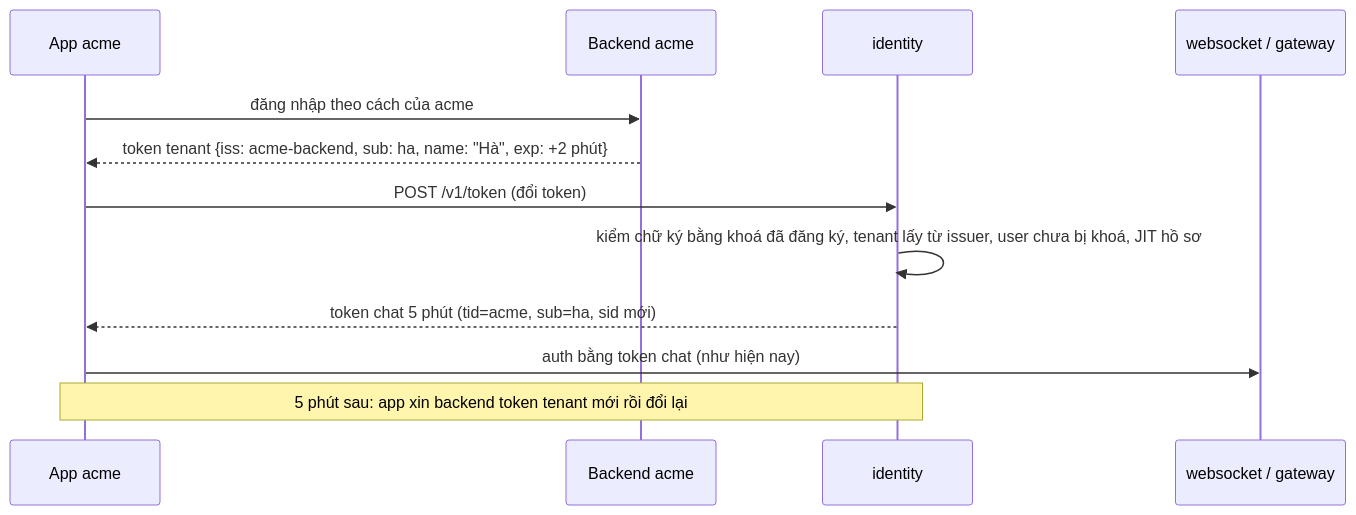
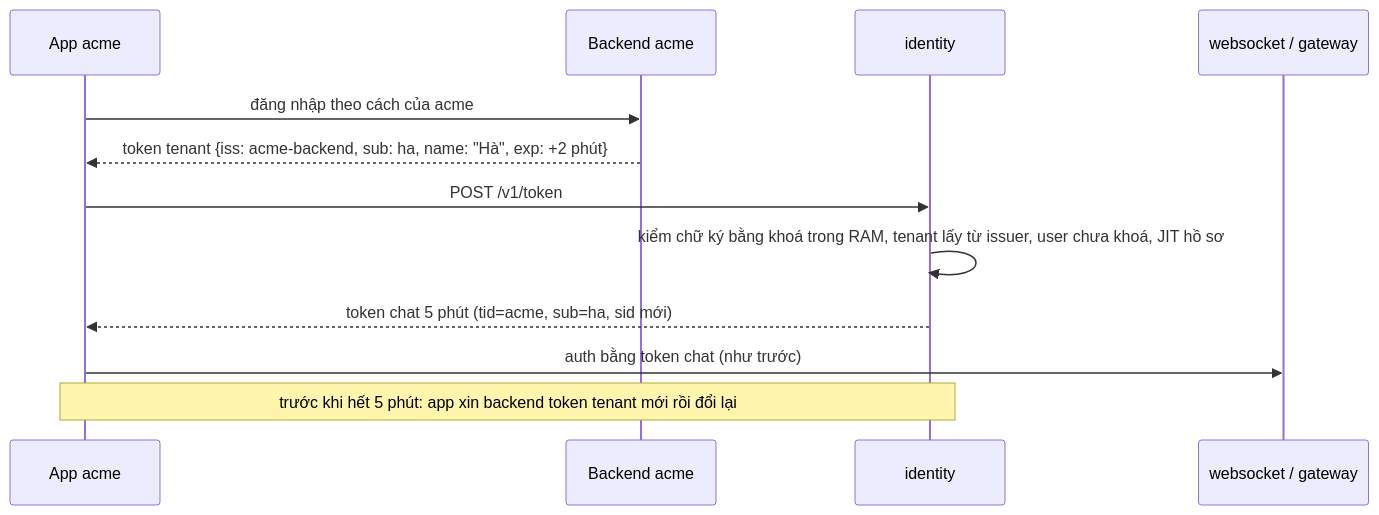
Before and after one commit to ivannguyendev/chatim: the diagram in docs/plans/2026-11-02-m6-pa-identity-doi-token-summary.md, drawn with Mermaid. The commit also changed other lines of this file and 8 other files, not shown here.

````diff
--- a/docs/plans/2026-11-02-m6-pa-identity-doi-token-summary.md
+++ b/docs/plans/2026-11-02-m6-pa-identity-doi-token-summary.md
@@ -21,14 +20,14 @@
 ```mermaid
 sequenceDiagram
   participant App as App acme
   participant BE as Backend acme
   participant ID as identity
   participant WS as websocket / gateway
   App->>BE: đăng nhập theo cách của acme
   BE-->>App: token tenant {iss: acme-backend, sub: ha, name: "Hà", exp: +2 phút}
-  App->>ID: POST /v1/token (đổi token)
-  ID->>ID: kiểm chữ ký bằng khoá đã đăng ký, tenant lấy từ issuer, user chưa bị khoá, JIT hồ sơ
+  App->>ID: POST /v1/token
+  ID->>ID: kiểm chữ ký bằng khoá trong RAM, tenant lấy từ issuer, user chưa khoá, JIT hồ sơ
   ID-->>App: token chat 5 phút (tid=acme, sub=ha, sid mới)
-  App->>WS: auth bằng token chat (như hiện nay)
-  Note over App,ID: 5 phút sau: app xin backend token tenant mới rồi đổi lại
+  App->>WS: auth bằng token chat (như trước)
+  Note over App,ID: trước khi hết 5 phút: app xin backend token tenant mới rồi đổi lại
 ```
````
